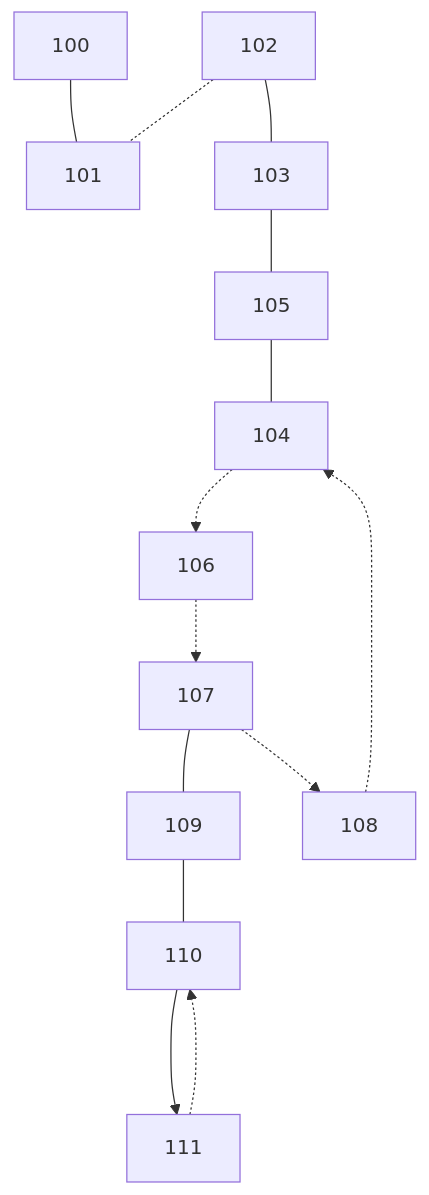
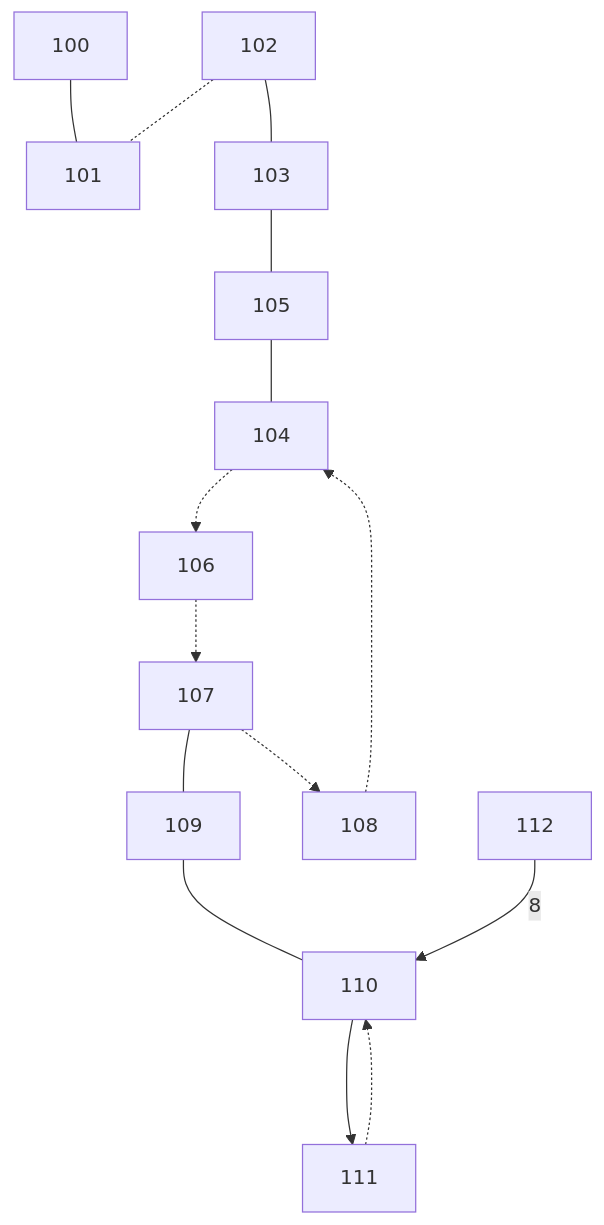
Before and after one commit to ockendenjo/osm-pt-validator: the diagram in pkg/osm/testdata/network.md, drawn with Mermaid. The commit also changed 3 other files, not shown here.

````diff
--- a/pkg/osm/testdata/network.md
+++ b/pkg/osm/testdata/network.md
@@ -3,18 +3,20 @@
 ```mermaid
 flowchart TB
 
 %%  way1
     100 --- 101
 %%  way2
     102 -.- 101
 %%  way3
     102 --- 103 --- 105 --- 104
 %%  way5
     107 --- 109 --- 110
 %%  way4
     106 -.-> 107 -.-> 108 -.-> 104 -.-> 106
 %%   way6
     110 ---> 111
 %%   way 7
     111 -.-> 110
+%%   way8
+    112 -- 8 --> 110
 ```
````
